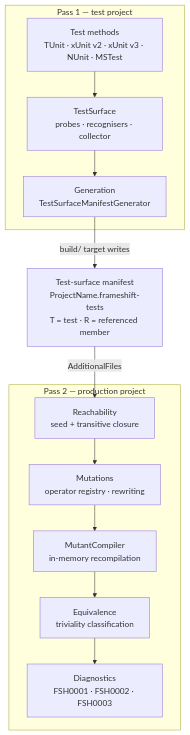
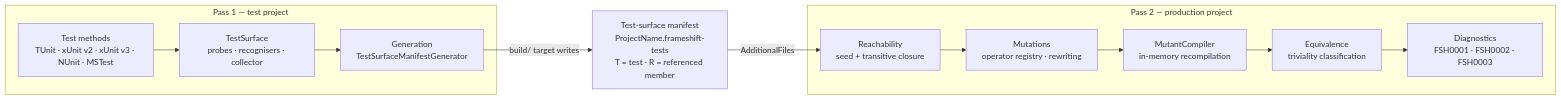
The diagram in README.md (dailydevops/frameshift), drawn with Mermaid before and after one commit.

Commit message:
docs: Change direction of diagram

````diff
--- a/README.md
+++ b/README.md
@@ -17,23 +17,23 @@
 ```mermaid
-flowchart TB
+flowchart LR
     subgraph pass1["Pass 1 — test project"]
         T1["Test methods<br/>TUnit · xUnit v2 · xUnit v3 · NUnit · MSTest"]
         T2["TestSurface<br/>probes · recognisers · collector"]
         T3["Generation<br/>TestSurfaceManifestGenerator"]
         T1 --> T2 --> T3
     end
 
     M["Test-surface manifest<br/>ProjectName.frameshift-tests<br/>T = test · R = referenced member"]
 
     subgraph pass2["Pass 2 — production project"]
         P1["Reachability<br/>seed + transitive closure"]
         P2["Mutations<br/>operator registry · rewriting"]
         P3["MutantCompiler<br/>in-memory recompilation"]
         P4["Equivalence<br/>triviality classification"]
         P5["Diagnostics<br/>FSH0001 · FSH0002 · FSH0003"]
         P1 --> P2 --> P3 --> P4 --> P5
     end
 
     T3 -->|"build/ target writes"| M
     M -->|"AdditionalFiles"| P1
 ```
````
